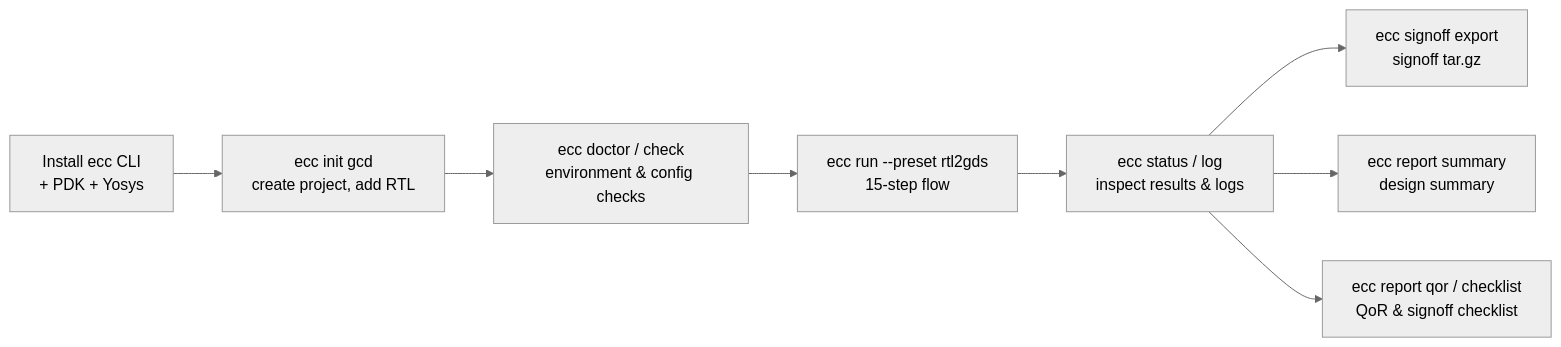
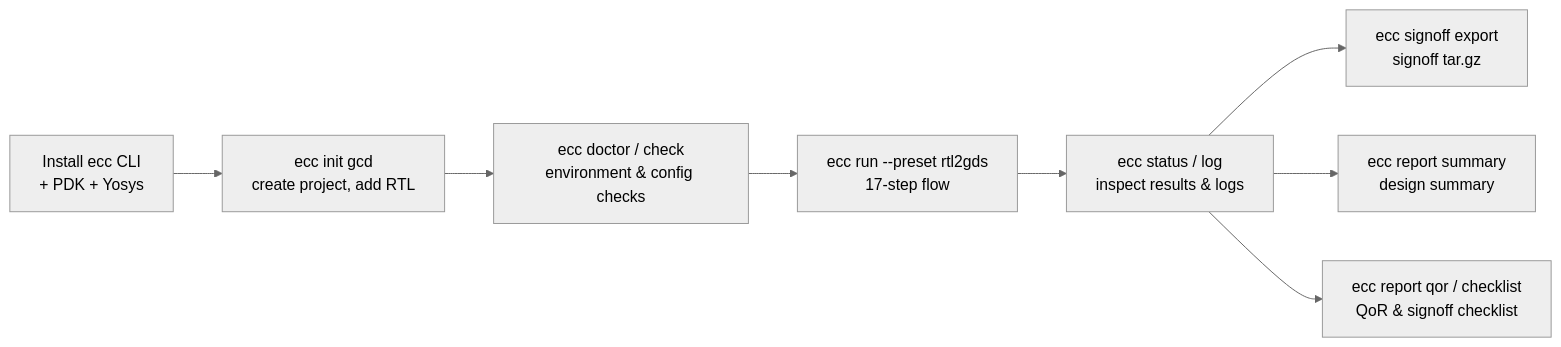
Before and after one commit to openecos-projects/ecc: the first of 2 diagrams in chipcompiler/docs/ecc-tutorial.en.md, drawn with Mermaid (neutral theme). The commit also changed other lines of this file and 60 other files, not shown here.

First line of the commit message:
feat(flow): add DreamPlace macro placement step (#247)

````diff
--- a/chipcompiler/docs/ecc-tutorial.en.md
+++ b/chipcompiler/docs/ecc-tutorial.en.md
@@ -15,10 +15,10 @@
 ```mermaid
 graph LR
     A[Install ecc CLI<br/>+ PDK + Yosys] --> B[ecc init gcd<br/>create project, add RTL]
     B --> C[ecc doctor / check<br/>environment & config checks]
-    C --> D[ecc run --preset rtl2gds<br/>15-step flow]
+    C --> D[ecc run --preset rtl2gds<br/>17-step flow]
     D --> E[ecc status / log<br/>inspect results & logs]
     E --> F[ecc signoff export<br/>signoff tar.gz]
     E --> G[ecc report summary<br/>design summary]
     E --> H[ecc report qor / checklist<br/>QoR & signoff checklist]
 ```
````
